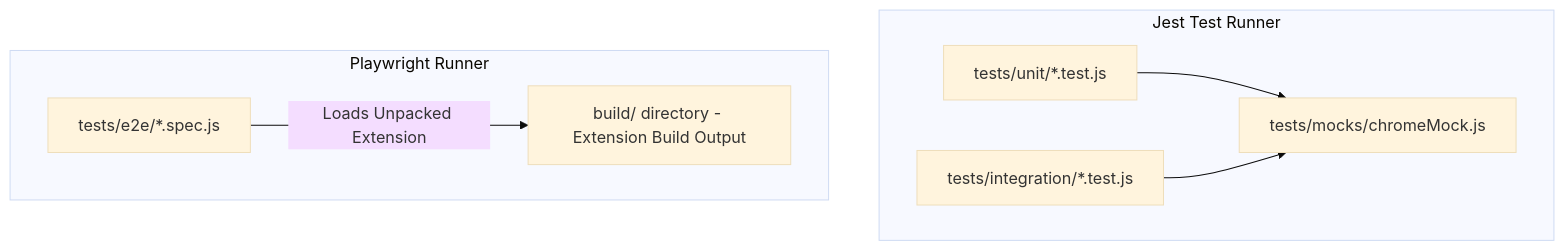
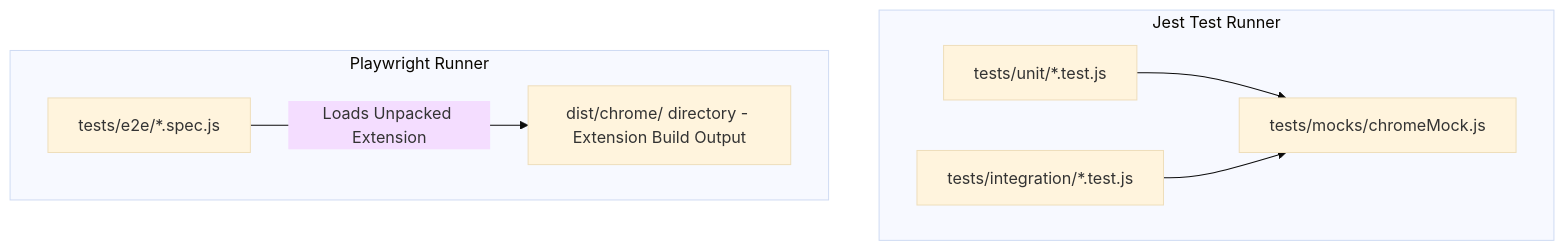
One commit to sdeanmol/algomonster-fsrs-extension changed the diagram in docs/testing/test-suite-overview.md. Above: the diagram before and after it, drawn with Mermaid (base theme). The commit also changed other lines of this file and 11 other files, not shown here.

Commit message:
feat: add Firefox extension support and migrate build output directory to dist

````diff
--- a/docs/testing/test-suite-overview.md
+++ b/docs/testing/test-suite-overview.md
@@ -25,16 +25,16 @@
 ```mermaid
 graph TD
     subgraph Jest Test Runner
         U[tests/unit/*.test.js]
         I[tests/integration/*.test.js]
         M[tests/mocks/chromeMock.js]
         U --> M
         I --> M
     end
 
     subgraph Playwright Runner
         E2E[tests/e2e/*.spec.js]
-        EXT[build/ directory - Extension Build Output]
+        EXT[dist/chrome/ directory - Extension Build Output]
         E2E -->|Loads Unpacked Extension| EXT
     end
 ```
````
